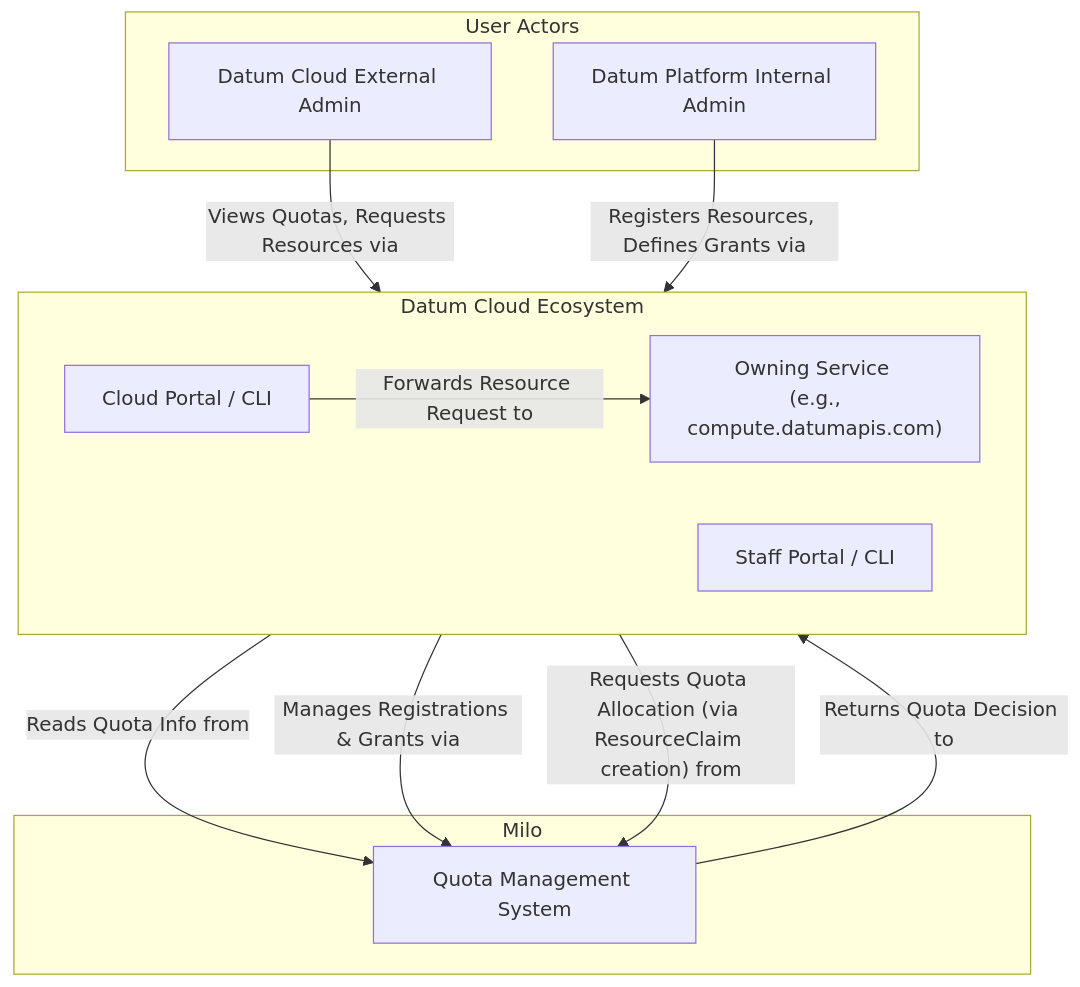
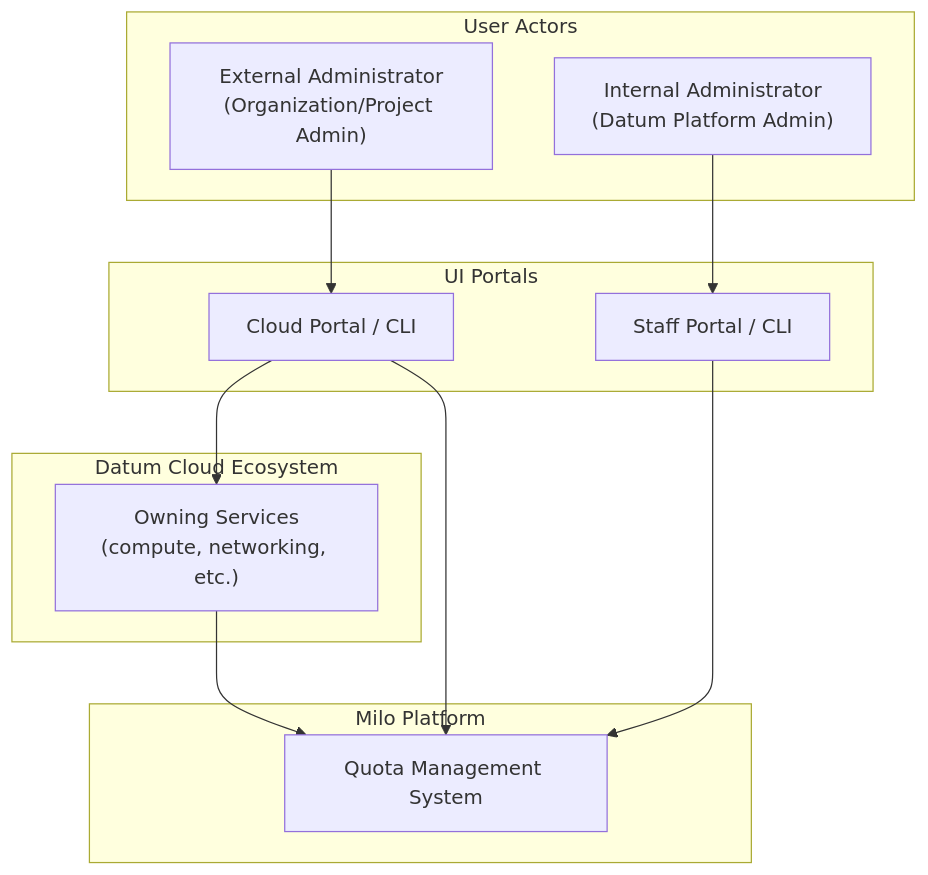
One commit to datum-cloud/enhancements changed the diagram in enhancements/platform/quota-management/README.md. Above: the diagram before and after it, drawn with Mermaid.

Commit message:
feat(quota): updates c1 arch diagram

````diff
--- a/enhancements/platform/quota-management/README.md
+++ b/enhancements/platform/quota-management/README.md
@@ -991,32 +991,33 @@
 ```mermaid
 %% C1 - System Context Diagram: Milo Quota Management System
 graph TD
-    subgraph User Actors
-        ExternalAdmin["Datum Cloud External Admin"]
-        DatumPlatformAdminEmployee["Datum Platform Internal Admin"]
+    subgraph UserActors["User Actors"]
+        ExternalAdmin["External Administrator<br/>(Organization/Project Admin)"]
+        InternalAdmin["Internal Administrator<br/>(Datum Platform Admin)"]
+    end
+
+    subgraph UIPortals["UI Portals"]
+        CloudPortal["Cloud Portal / CLI"]
+        StaffPortal["Staff Portal / CLI"]
     end
 
     subgraph DatumCloudEcosystem["Datum Cloud Ecosystem"]
-        direction LR
-        CloudPortalCLI["Cloud Portal / CLI"]
-        StaffPortalCLI["Staff Portal / CLI"]
-        OwningService["Owning Service <br/> (e.g., compute.datumapis.com)"]
+        OwningServices["Owning Services<br/>(compute, networking, etc.)"]
     end
 
-    subgraph MiloCentralServices ["Milo"]
+    subgraph MiloPlatform["Milo Platform"]
         QuotaSystem["Quota Management System"]
     end
 
     %% External Admin interactions
-    ExternalAdmin -- "Views Quotas, Requests Resources via" --> CloudPortalCLI
-    CloudPortalCLI -- "Forwards Resource Request to" --> OwningService
-    CloudPortalCLI -- "Reads Quota Info from" --> QuotaSystem
+    ExternalAdmin --> CloudPortal
+    CloudPortal --> OwningServices
+    CloudPortal --> QuotaSystem
 
     %% Internal Admin interactions
-    DatumPlatformAdminEmployee -- "Registers Resources, Defines Grants via" --> StaffPortalCLI
-    StaffPortalCLI -- "Manages Registrations & Grants via" --> QuotaSystem
+    InternalAdmin --> StaffPortal
+    StaffPortal --> QuotaSystem
 
     %% System interactions
-    OwningService -- "Requests Quota Allocation (via ResourceClaim creation) from" --> QuotaSystem
-    QuotaSystem -- "Returns Quota Decision to" --> OwningService
+    OwningServices --> QuotaSystem
 ```
````
